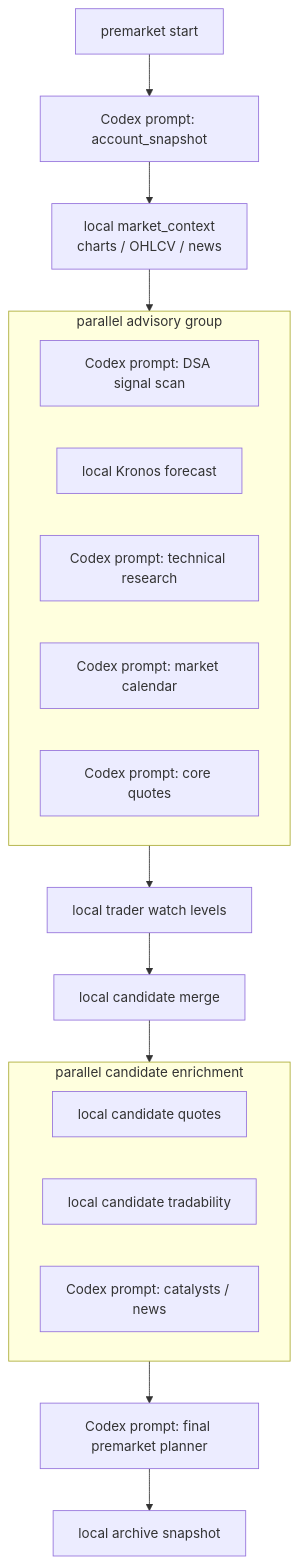
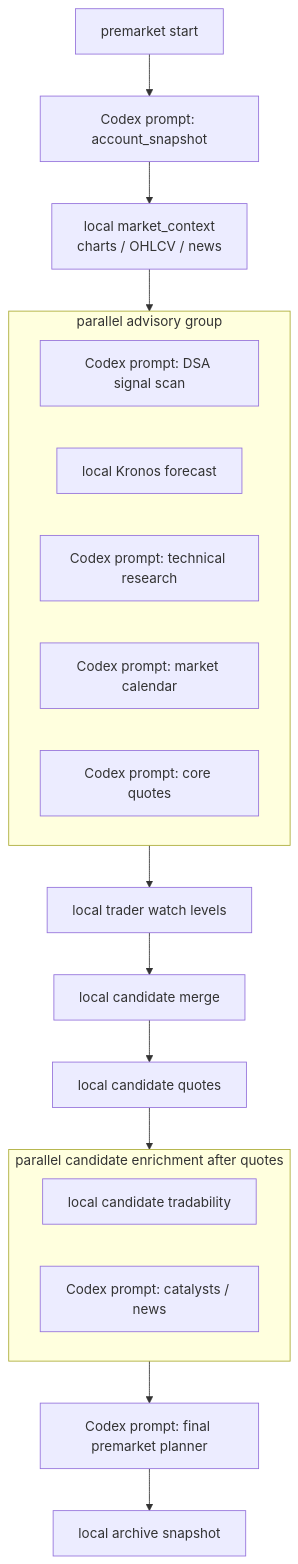
Before and after one commit to poi233/robinhood-codex-agent: the second of 2 diagrams in README.md, drawn with Mermaid. The commit also changed other lines of this file and 21 other files, not shown here.

Commit message:
Tighten premarket gating and add aggressive policy flow

````diff
--- a/README.md
+++ b/README.md
@@ -64,27 +64,27 @@
 ```mermaid
 flowchart TD
     Start["premarket start"] --> Account["Codex prompt: account_snapshot"]
     Account --> MarketContext["local market_context<br/>charts / OHLCV / news"]
 
     MarketContext --> G1
     subgraph G1["parallel advisory group"]
         DSA["Codex prompt: DSA signal scan"]
         Kronos["local Kronos forecast"]
         Technical["Codex prompt: technical research"]
         Calendar["Codex prompt: market calendar"]
         CoreQuotes["Codex prompt: core quotes"]
     end
 
     G1 --> TraderLevels["local trader watch levels"]
     TraderLevels --> CandidateMerge["local candidate merge"]
 
-    CandidateMerge --> G2
-    subgraph G2["parallel candidate enrichment"]
-        CandidateQuotes["local candidate quotes"]
+    CandidateMerge --> CandidateQuotes["local candidate quotes"]
+    CandidateQuotes --> G2
+    subgraph G2["parallel candidate enrichment after quotes"]
         Tradability["local candidate tradability"]
         Catalysts["Codex prompt: catalysts / news"]
     end
 
     G2 --> FinalPlanner["Codex prompt: final premarket planner"]
     FinalPlanner --> Archive["local archive snapshot"]
 ```
````
